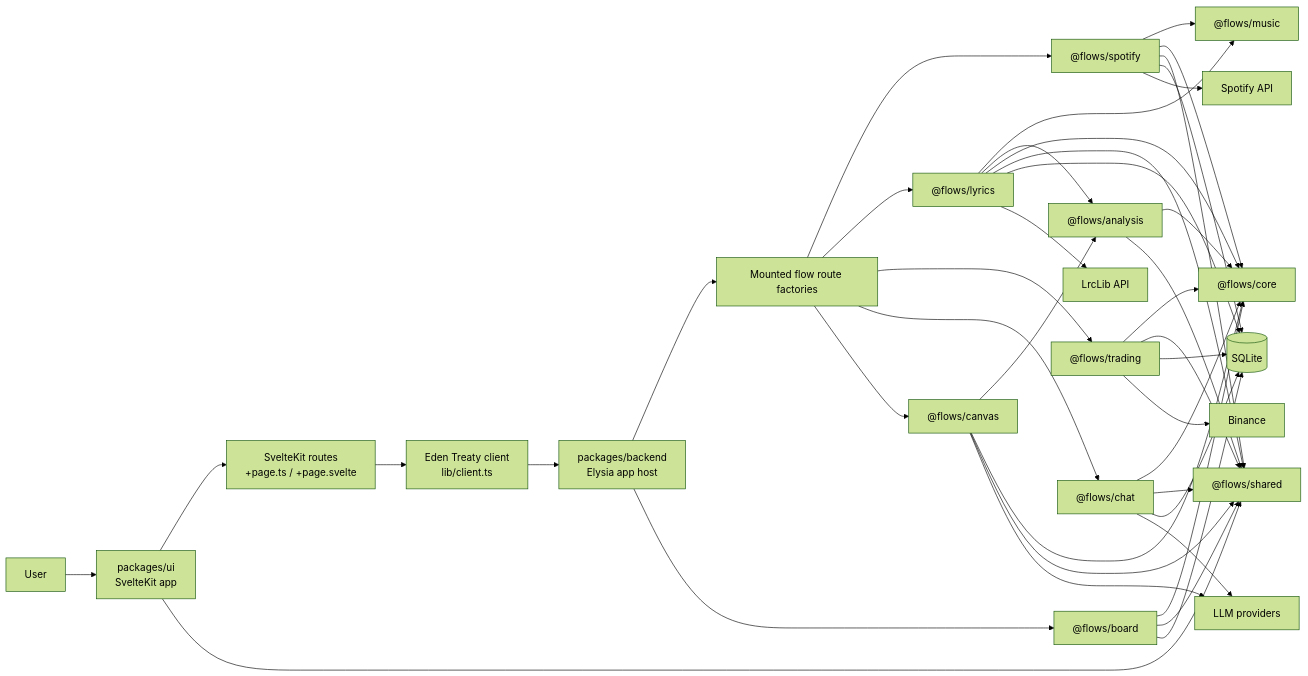
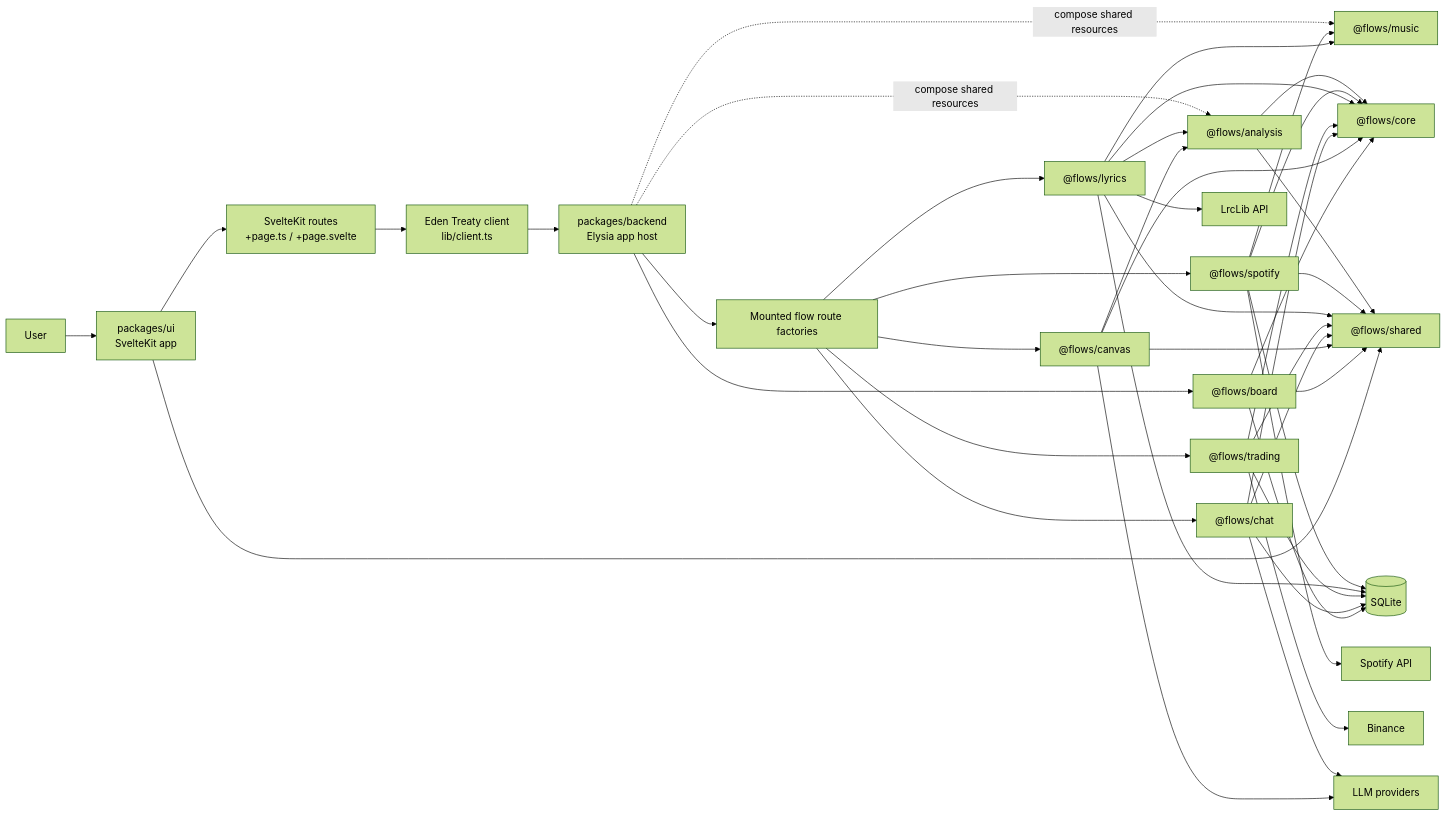
One commit to jorgesalica/flow-sample changed the first of 3 diagrams in docs/architecture/system-map.md. Above: the diagram before and after it, drawn with Mermaid (forest theme). The commit also changed other lines of this file and 52 other files, not shown here.

````diff
--- a/docs/architecture/system-map.md
+++ b/docs/architecture/system-map.md
@@ -23,50 +23,52 @@
 ```mermaid
 flowchart LR
     user["User"] --> ui["packages/ui\nSvelteKit app"]
     ui --> routes["SvelteKit routes\n+page.ts / +page.svelte"]
     routes --> eden["Eden Treaty client\nlib/client.ts"]
     eden --> host["packages/backend\nElysia app host"]
     host --> mounted["Mounted flow route factories"]
+    host -. "compose shared resources" .-> music
+    host -. "compose shared resources" .-> analysis
 
     mounted --> spotify["@flows/spotify"]
     mounted --> lyrics["@flows/lyrics"]
     mounted --> trading["@flows/trading"]
     mounted --> chat["@flows/chat"]
     mounted --> canvas["@flows/canvas"]
     host --> boardPkg["@flows/board"]
 
     spotify --> music["@flows/music"]
     lyrics --> music
 
     lyrics --> analysis["@flows/analysis"]
     canvas --> analysis
     analysis --> core["@flows/core"]
     analysis --> shared["@flows/shared"]
 
     spotify --> core
     lyrics --> core
     trading --> core
     chat --> core
     canvas --> core
     boardPkg --> core
 
     spotify --> shared["@flows/shared"]
     lyrics --> shared
     trading --> shared
     chat --> shared
     canvas --> shared
     boardPkg --> shared
     ui --> shared
 
     spotify --> sqlite[("SQLite")]
     lyrics --> sqlite
     trading --> sqlite
     chat --> sqlite
     boardPkg --> sqlite
 
     spotify --> spotifyApi["Spotify API"]
     lyrics --> lrcLib["LrcLib API"]
     trading --> binance["Binance"]
     chat --> llm["LLM providers"]
     canvas --> llm
 ```
````
